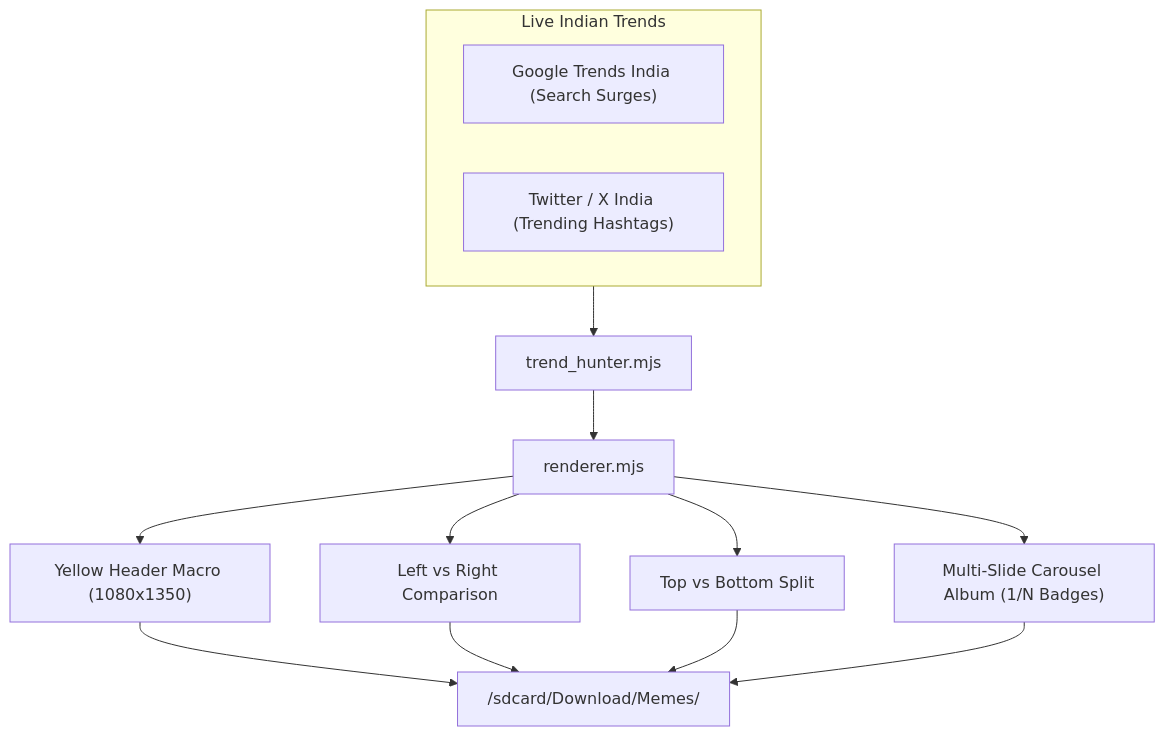
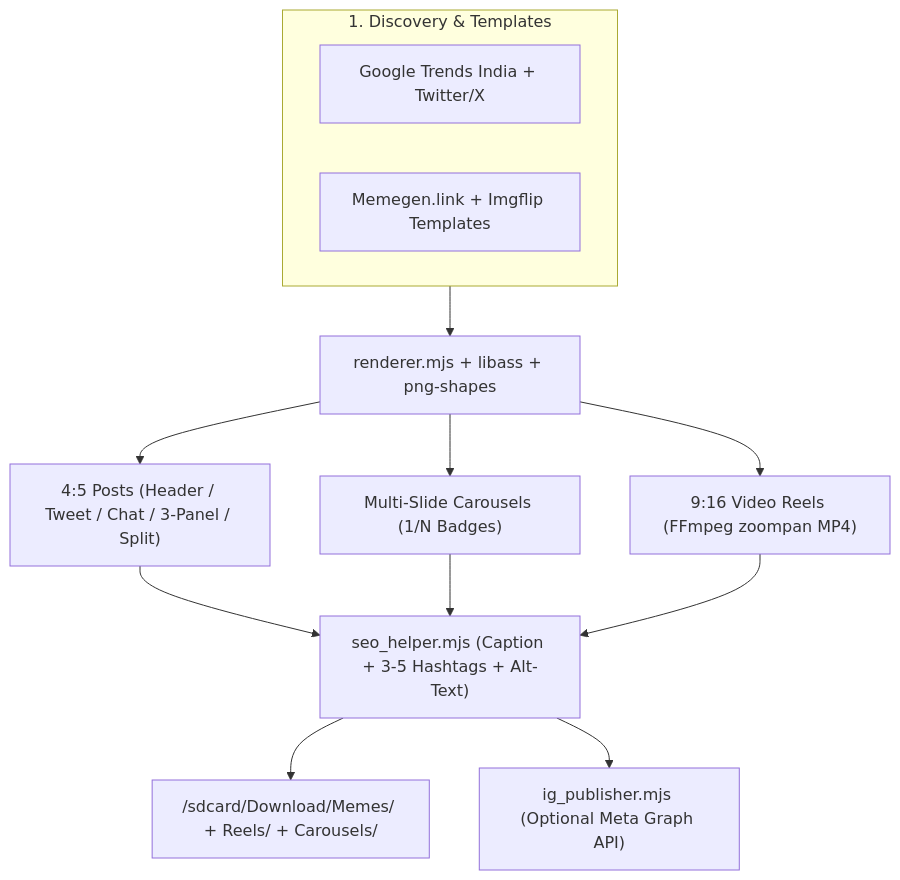
Before and after one commit to sagarku03/MemesStudio: the diagram in README.md, drawn with Mermaid. The commit also changed other lines of this file and 20 other files, not shown here.

Commit message:
feat(v3.0): add 9:16 video reels, tweet card, fake chat, 3-panel comic, Hindi Devanagari support, Memegen/Imgflip templates, SEO & Graph API publisher

````diff
--- a/README.md
+++ b/README.md
@@ -53,17 +52,17 @@
 ```mermaid
 flowchart TD
-    subgraph Trends ["Live Indian Trends"]
-        G["Google Trends India (Search Surges)"]
-        X["Twitter / X India (Trending Hashtags)"]
+    subgraph Discovery ["1. Discovery & Templates"]
+        G["Google Trends India + Twitter/X"]
+        T["Memegen.link + Imgflip Templates"]
     end
 
-    Trends --> Hunter["trend_hunter.mjs"]
-    Hunter --> Engine["renderer.mjs"]
+    Discovery --> Core["renderer.mjs + libass + png-shapes"]
 
-    Engine --> Macro["Yellow Header Macro (1080x1350)"]
-    Engine --> Comparison["Left vs Right Comparison"]
-    Engine --> Split["Top vs Bottom Split"]
-    Engine --> Carousel["Multi-Slide Carousel Album (1/N Badges)"]
+    Core --> P1["4:5 Posts (Header / Tweet / Chat / 3-Panel / Split)"]
+    Core --> P2["Multi-Slide Carousels (1/N Badges)"]
+    Core --> P3["9:16 Video Reels (FFmpeg zoompan MP4)"]
 
-    Macro & Comparison & Split & Carousel --> Output["/sdcard/Download/Memes/"]
+    P1 & P2 & P3 --> SEO["seo_helper.mjs (Caption + 3-5 Hashtags + Alt-Text)"]
+    SEO --> Export["/sdcard/Download/Memes/ + Reels/ + Carousels/"]
+    SEO --> Graph["ig_publisher.mjs (Optional Meta Graph API)"]
 ```
````
